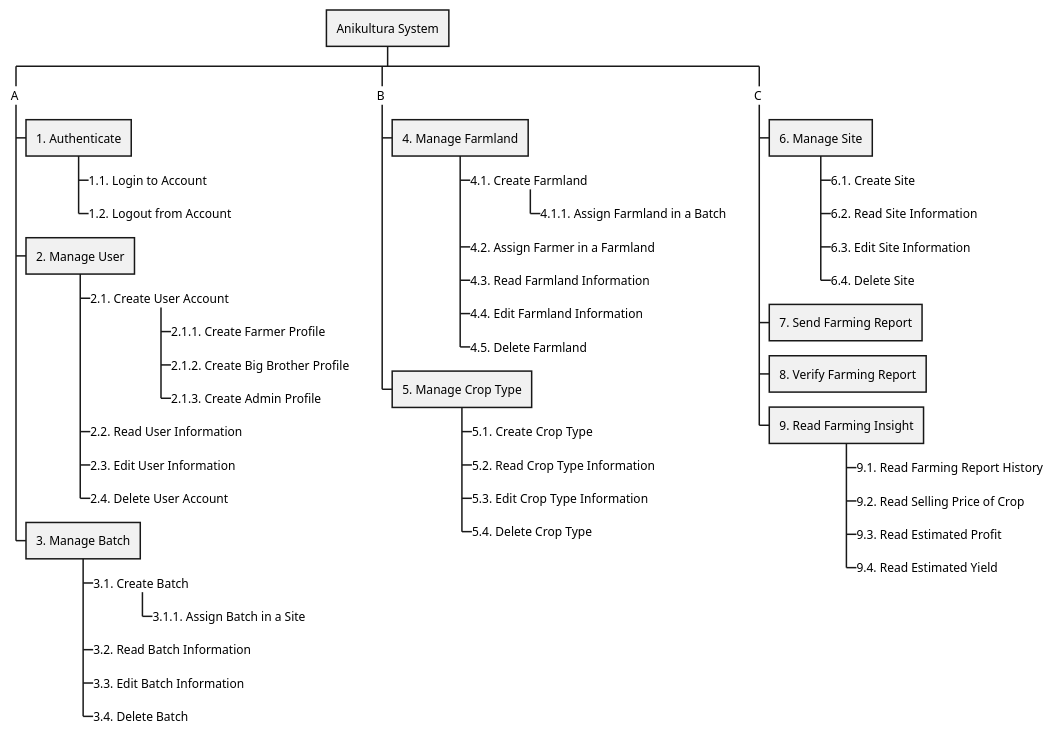
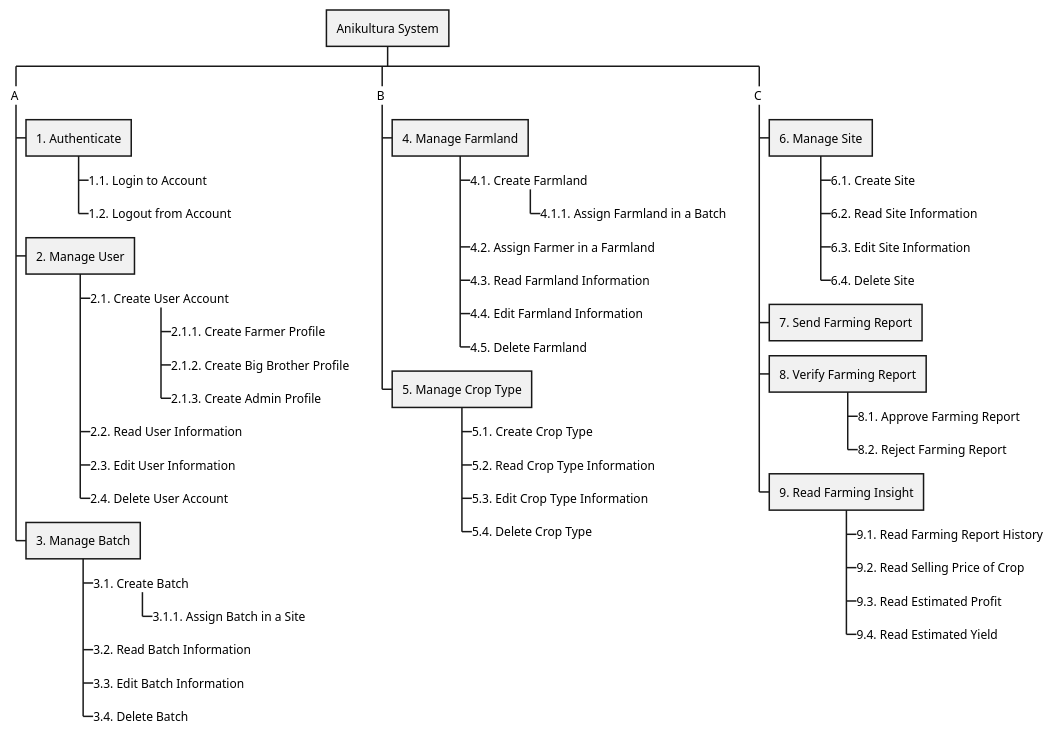
The diagram in plantuml/proposed/fdd.wsd (radical-doubting/anikultura-diagrams), drawn with PlantUML before and after one commit.

Commit message:
Added level 2 functions for verify farming report

```diff
--- a/plantuml/proposed/fdd.wsd
+++ b/plantuml/proposed/fdd.wsd
@@ -1,61 +1,63 @@
 @startwbs
 
 * Anikultura System
 
 **_ A
 
 *** 1. Authenticate
 ****_ 1.1. Login to Account
 ****_ 1.2. Logout from Account
 
 *** 2. Manage User
 ****_ 2.1. Create User Account
 *****_ 2.1.1. Create Farmer Profile
 *****_ 2.1.2. Create Big Brother Profile
 *****_ 2.1.3. Create Admin Profile
 ****_ 2.2. Read User Information
 ****_ 2.3. Edit User Information
 ****_ 2.4. Delete User Account
 
 *** 3. Manage Batch
 ****_ 3.1. Create Batch
 *****_ 3.1.1. Assign Batch in a Site
 ****_ 3.2. Read Batch Information
 ****_ 3.3. Edit Batch Information
 ****_ 3.4. Delete Batch
 
 **_ B
     
 *** 4. Manage Farmland
 ****_ 4.1. Create Farmland
 *****_ 4.1.1. Assign Farmland in a Batch
 ****_ 4.2. Assign Farmer in a Farmland
 ****_ 4.3. Read Farmland Information
 ****_ 4.4. Edit Farmland Information
 ****_ 4.5. Delete Farmland
 
 *** 5. Manage Crop Type
 ****_ 5.1. Create Crop Type
 ****_ 5.2. Read Crop Type Information
 ****_ 5.3. Edit Crop Type Information
 ****_ 5.4. Delete Crop Type
 
 **_ C
 
 *** 6. Manage Site
 ****_ 6.1. Create Site
 ****_ 6.2. Read Site Information
 ****_ 6.3. Edit Site Information
 ****_ 6.4. Delete Site
 
 *** 7. Send Farming Report
 
 *** 8. Verify Farming Report
+****_ 8.1. Approve Farming Report
+****_ 8.2. Reject Farming Report
 
 *** 9. Read Farming Insight
 ****_ 9.1. Read Farming Report History
 ****_ 9.2. Read Selling Price of Crop
 ****_ 9.3. Read Estimated Profit
 ****_ 9.4. Read Estimated Yield
 
 @endwbs
```
